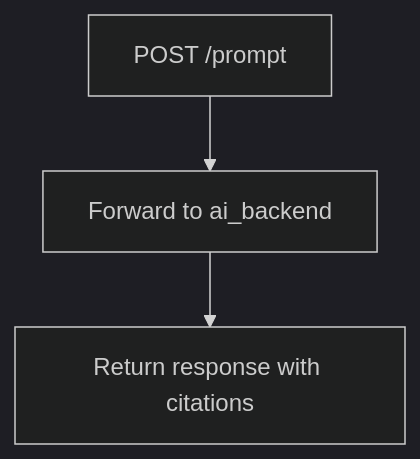
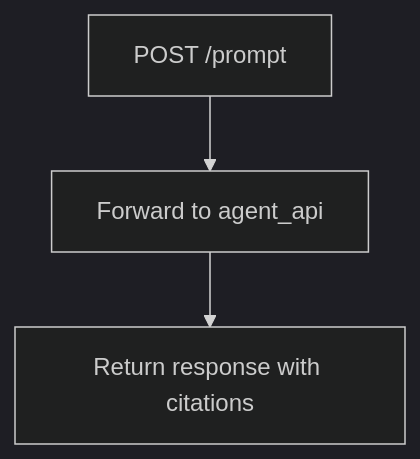
The second of 2 diagrams in domains/ai_ui/docs/ARCHITECTURE.md (ElwesHonorato/governed-rag-foundation), drawn with Mermaid (dark theme) before and after one commit. The commit also changed other lines of this file and 45 other files, not shown here.

Commit message:
refactor(agent): rename ai backend domain to agent api

````diff
--- a/domains/ai_ui/docs/ARCHITECTURE.md
+++ b/domains/ai_ui/docs/ARCHITECTURE.md
@@ -48,5 +48,5 @@
 ```mermaid
 flowchart TD
-    A[POST /prompt] --> B[Forward to ai_backend]
+    A[POST /prompt] --> B[Forward to agent_api]
     B --> C[Return response with citations]
 ```
````
